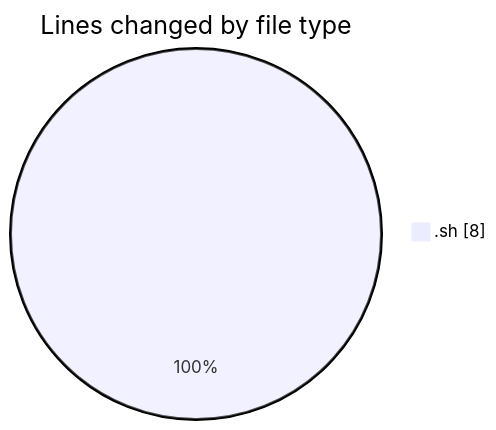
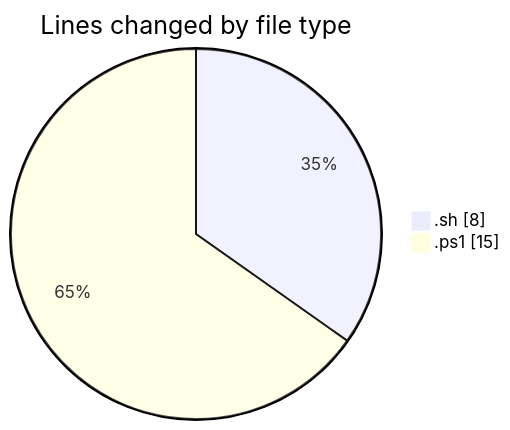
One commit to charlie-sans/code-tracking changed the first of 2 diagrams in 2025-02-08/koderunner/README.md. Above: the diagram before and after it, drawn with Mermaid. The commit also changed other lines of this file and 1 other file, not shown here.

````diff
--- a/2025-02-08/koderunner/README.md
+++ b/2025-02-08/koderunner/README.md
@@ -20,5 +21,6 @@
 ```mermaid
 pie showData
 title Lines changed by file type
 ".sh" : 8
+".ps1" : 15
 ```
````
